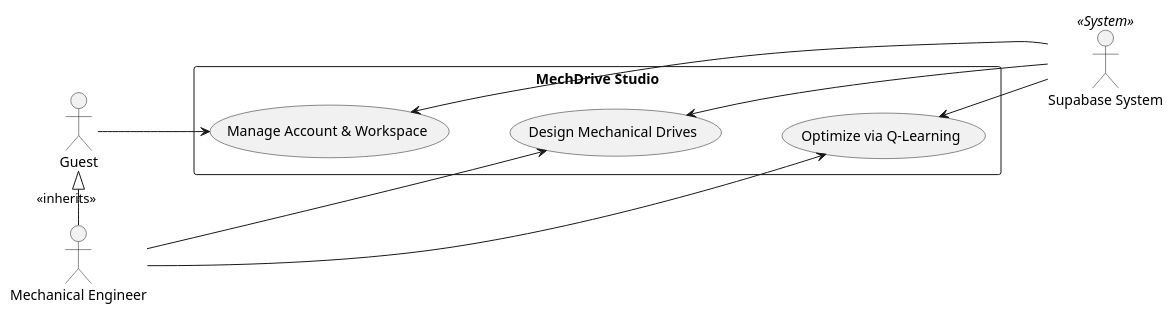
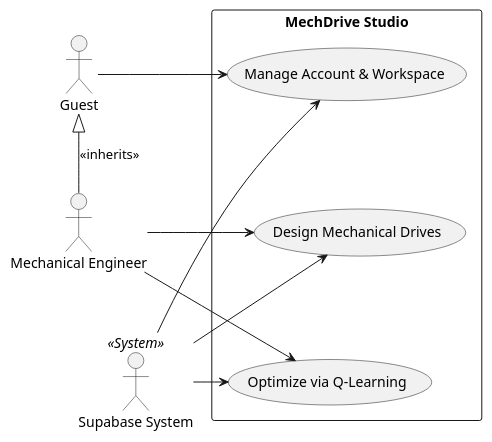
Before and after one commit to dvydinh/mechdrive: the diagram in docs/uml/uc_high_level.puml, drawn with PlantUML. The commit also changed 5 other files, not shown here.

```diff
--- a/docs/uml/uc_high_level.puml
+++ b/docs/uml/uc_high_level.puml
@@ -1,30 +1,30 @@
 @startuml
-left to right direction
 skinparam packageStyle rectangle
 
-together {
-  actor "Guest" as guest
-  actor "Mechanical Engineer" as eng
-}
+actor "Guest" as guest
+actor "Mechanical Engineer" as eng
 actor "Supabase System" as supa << System >>
+
+guest -[hidden]right-> supa
+eng -[hidden]right-> supa
 
 package "MechDrive Studio" {
   usecase "Manage Account & Workspace" as UC1
   usecase "Design Mechanical Drives" as UC2
   usecase "Optimize via Q-Learning" as UC3
 }
 
 UC1 -[hidden]down-> UC2
 UC2 -[hidden]down-> UC3
 
 guest <|- eng : <<inherits>>
 
-guest --> UC1
-eng --> UC2
-eng --> UC3
+guest -right-> UC1
+eng -right-> UC2
+eng -right-> UC3
 
-UC1 <-- supa
-UC2 <-- supa
-UC3 <-- supa
+supa -left-> UC1
+supa -left-> UC2
+supa -left-> UC3
 
 @enduml
```
